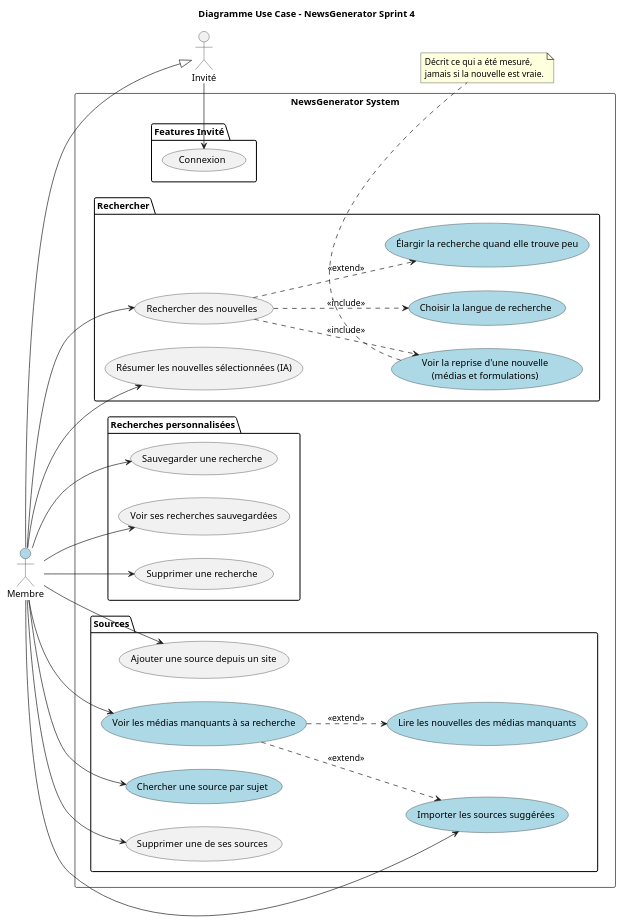
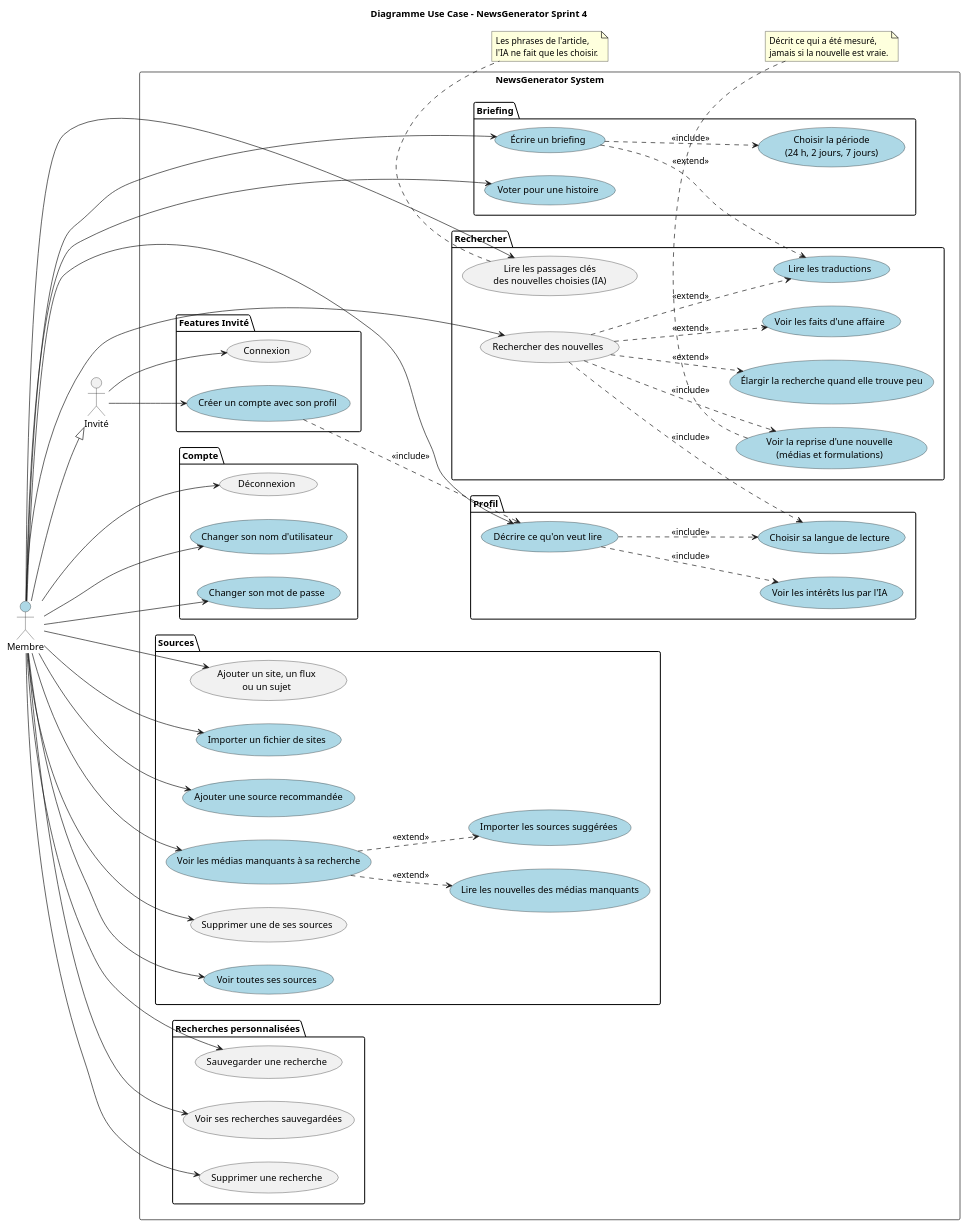
One commit to TPI2026-NewsGenerator/NewsGenerator-Frontend changed the diagram in docs/UML/use-case-diagram-sprint4.puml. Above: the diagram before and after it, drawn with PlantUML. The commit also changed other lines of this file and 2 other files, not shown here.

```diff
--- a/docs/UML/use-case-diagram-sprint4.puml
+++ b/docs/UML/use-case-diagram-sprint4.puml
@@ -11,64 +17,106 @@
 @startuml
 title Diagramme Use Case - NewsGenerator Sprint 4
 left to right direction
 
 actor "Invité" as g
 actor "Membre" as m #LightBlue
 
 rectangle "NewsGenerator System" {
     package "Features Invité" {
         usecase "Connexion" as login
+        usecase "Créer un compte avec son profil" as register #LightBlue
+    }
+
+    package "Compte" {
+        usecase "Déconnexion" as logout
+        usecase "Changer son nom d'utilisateur" as changeName #LightBlue
+        usecase "Changer son mot de passe" as changePassword #LightBlue
+    }
+
+    package "Briefing" {
+        usecase "Écrire un briefing" as briefing #LightBlue
+        usecase "Choisir la période\n(24 h, 2 jours, 7 jours)" as period #LightBlue
+        usecase "Voter pour une histoire" as vote #LightBlue
+    }
+
+    package "Profil" {
+        usecase "Décrire ce qu'on veut lire" as profile #LightBlue
+        usecase "Voir les intérêts lus par l'IA" as interests #LightBlue
+        usecase "Choisir sa langue de lecture" as chooseLanguage #LightBlue
     }
 
     package "Rechercher" {
         usecase "Rechercher des nouvelles" as searchNews
-        usecase "Choisir la langue de recherche" as chooseLanguage #LightBlue
         usecase "Élargir la recherche quand elle trouve peu" as widen #LightBlue
         usecase "Voir la reprise d'une nouvelle\n(médias et formulations)" as corroboration #LightBlue
-        usecase "Résumer les nouvelles sélectionnées (IA)" as summarize
+        usecase "Voir les faits d'une affaire" as thread #LightBlue
+        usecase "Lire les passages clés\ndes nouvelles choisies (IA)" as passages
+        usecase "Lire les traductions" as translate #LightBlue
     }
 
     package "Recherches personnalisées" {
         usecase "Sauvegarder une recherche" as saveSearch
         usecase "Voir ses recherches sauvegardées" as listSearches
         usecase "Supprimer une recherche" as deleteSearch
     }
 
     package "Sources" {
-        usecase "Ajouter une source depuis un site" as addSource
+        usecase "Voir toutes ses sources" as listSources #LightBlue
+        usecase "Ajouter un site, un flux\nou un sujet" as addSource
+        usecase "Importer un fichier de sites" as importFile #LightBlue
+        usecase "Ajouter une source recommandée" as recommended #LightBlue
         usecase "Voir les médias manquants à sa recherche" as seeMissing #LightBlue
         usecase "Lire les nouvelles des médias manquants" as readMissing #LightBlue
         usecase "Importer les sources suggérées" as importSources #LightBlue
-        usecase "Chercher une source par sujet" as searchDirectory #LightBlue
         usecase "Supprimer une de ses sources" as deleteSource
     }
 }
 
 'invité
 g --> login
+g --> register
 
 'membre
 m --|> g
+m --> logout
+m --> changeName
+m --> changePassword
+m --> briefing
+m --> vote
+m --> profile
 m --> searchNews
-m --> summarize
+m --> passages
 m --> saveSearch
 m --> listSearches
 m --> deleteSearch
+m --> listSources
 m --> addSource
+m --> importFile
+m --> recommended
 m --> seeMissing
-m --> importSources
-m --> searchDirectory
 m --> deleteSource
 
+register ..> profile : <<include>>
+briefing ..> period : <<include>>
+briefing ..> translate : <<extend>>
+profile ..> interests : <<include>>
+profile ..> chooseLanguage : <<include>>
 searchNews ..> chooseLanguage : <<include>>
 searchNews ..> corroboration : <<include>>
+searchNews ..> translate : <<extend>>
+searchNews ..> thread : <<extend>>
 searchNews ..> widen : <<extend>>
 seeMissing ..> readMissing : <<extend>>
 seeMissing ..> importSources : <<extend>>
 
 note bottom of corroboration
     Décrit ce qui a été mesuré,
     jamais si la nouvelle est vraie.
 end note
 
+note bottom of passages
+    Les phrases de l'article,
+    l'IA ne fait que les choisir.
+end note
+
 @enduml
```
